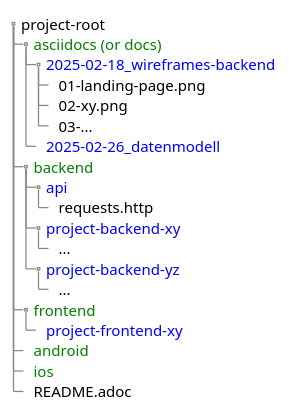
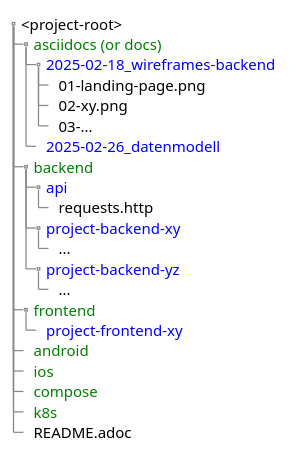
Before and after one commit to htl-leo-projekte/project-checklist: the diagram in asciidocs/docs/index.adoc, drawn with PlantUML. The commit also changed other lines of this file, not shown here.

Commit message:
refactor project-structure

```diff
--- a/asciidocs/docs/index.adoc
+++ b/asciidocs/docs/index.adoc
@@ -81,29 +81,30 @@
 [plantuml,projekt-repo-struktur,svg]
 ----
 @startsalt
 {
 {T
- + project-root
+ + <project-root>
  ++ <color:green>asciidocs (or docs)
  +++ <color:blue>2025-02-18_wireframes-backend
  ++++ 01-landing-page.png
  ++++ 02-xy.png
  ++++ 03-...
  +++ <color:blue>2025-02-26_datenmodell
  ++ <color:green>backend
  +++ <color:blue>api
  ++++ requests.http
  +++ <color:blue>project-backend-xy
  ++++ ...
  +++ <color:blue>project-backend-yz
  ++++ ...
  ++ <color:green>frontend
  +++ <color:blue>project-frontend-xy
  ++ <color:green>android
  ++ <color:green>ios
+ ++ <color:green>compose
+ ++ <color:green>k8s
  ++ README.adoc
 }
 }
 @endsalt
-
 ----
```
